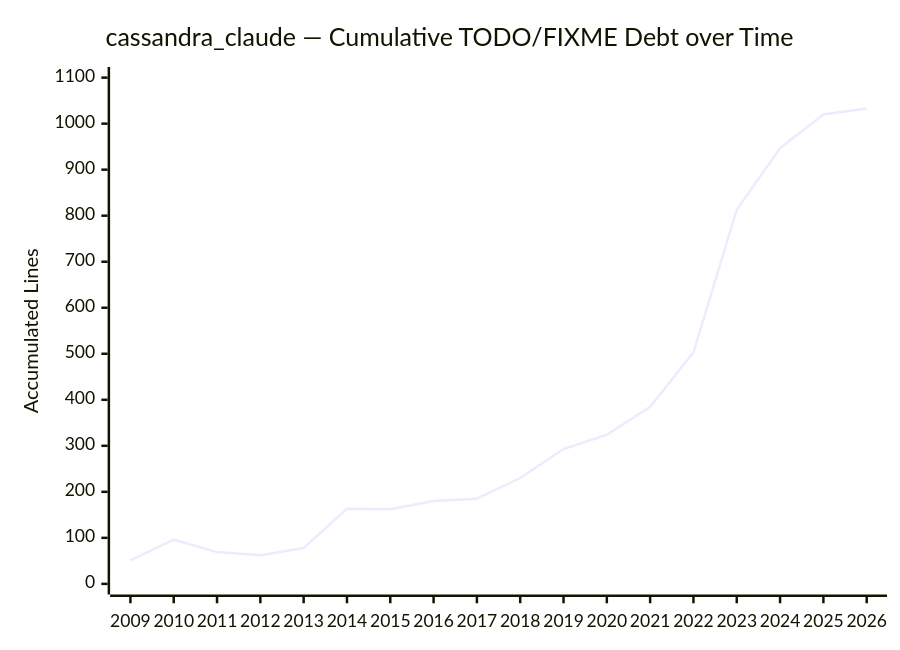
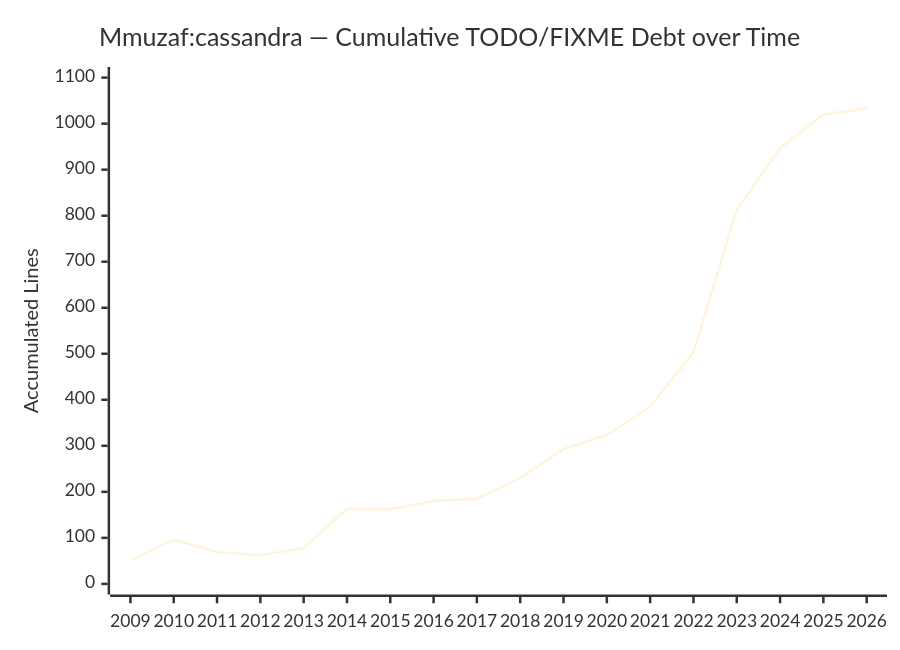
One commit to Mmuzaf/cassandra changed the fourth of 7 diagrams in todo_analysis.md. Above: the diagram before and after it, drawn with Mermaid. The commit also changed other lines of this file, not shown here.

Commit message:
fix background

````diff
--- a/todo_analysis.md
+++ b/todo_analysis.md
@@ -47,7 +47,8 @@
 ```mermaid
+%%{init: {'theme': 'base', 'themeVariables': {'background': '#ffffff'}}}%%
 xychart-beta
-    title "cassandra_claude — Cumulative TODO/FIXME Debt over Time"
+    title "Mmuzaf:cassandra — Cumulative TODO/FIXME Debt over Time"
     x-axis [2009, 2010, 2011, 2012, 2013, 2014, 2015, 2016, 2017, 2018, 2019, 2020, 2021, 2022, 2023, 2024, 2025, 2026]
     y-axis "Accumulated Lines" 0 --> 1100
     line [51, 96, 69, 62, 78, 163, 162, 180, 185, 230, 293, 324, 385, 503, 813, 947, 1020, 1033]
 ```
````
